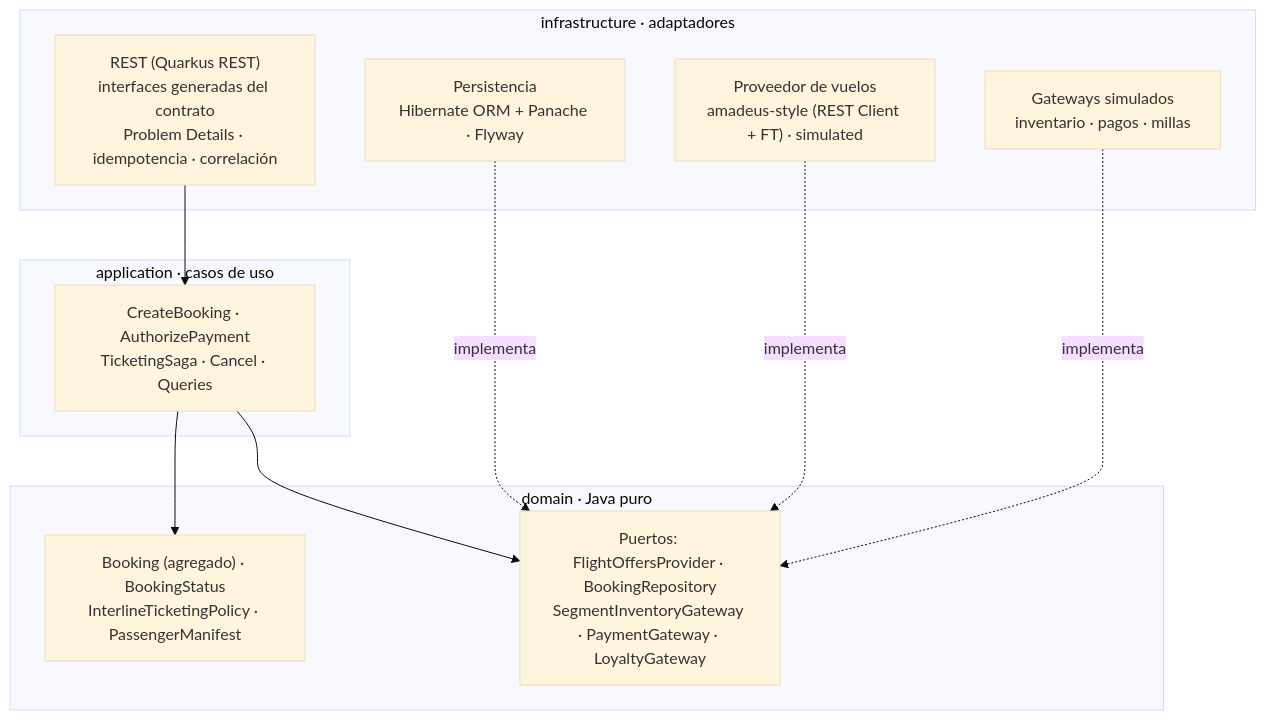
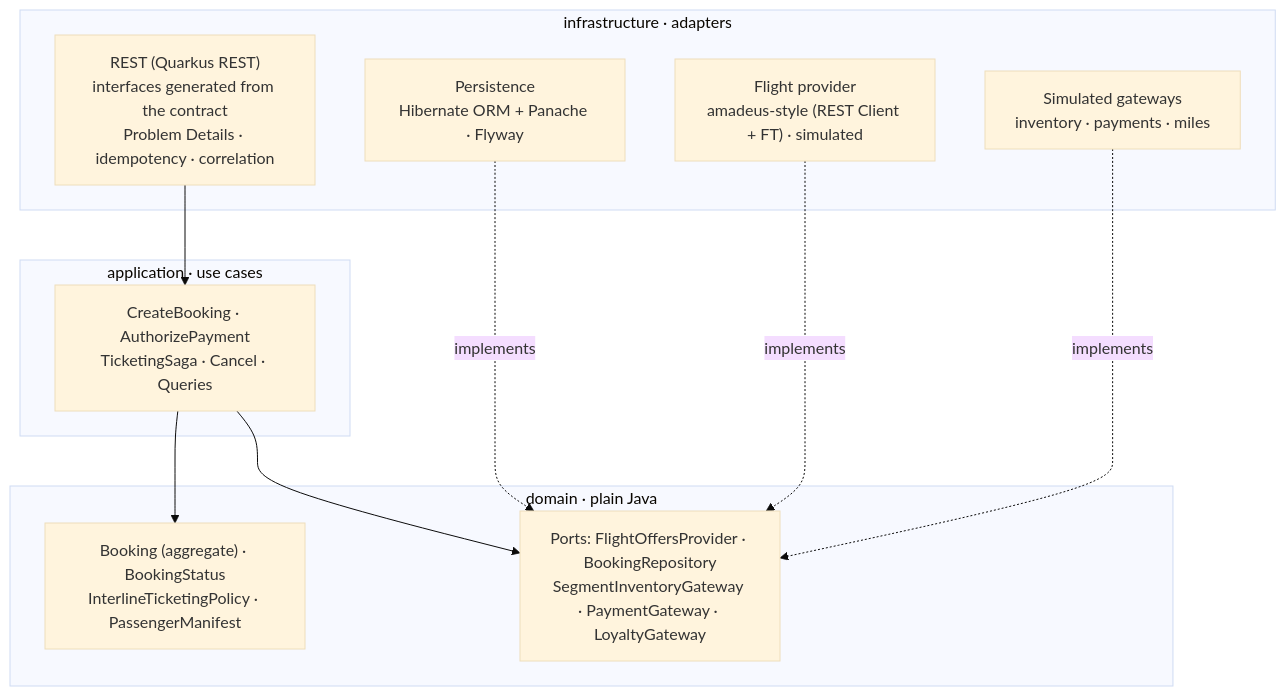
Before and after one commit to marinellysfigueroa/interline-booking-manager: the second of 4 diagrams in README.md, drawn with Mermaid (base theme). The commit also changed other lines of this file and 3 other files, not shown here.

````diff
--- a/README.md
+++ b/README.md
@@ -53,22 +55,22 @@
 ```mermaid
 flowchart TB
-  subgraph infra[infrastructure · adaptadores]
-    rest["REST (Quarkus REST)<br/>interfaces generadas del contrato<br/>Problem Details · idempotencia · correlación"]
-    pers["Persistencia<br/>Hibernate ORM + Panache · Flyway"]
-    prov["Proveedor de vuelos<br/>amadeus-style (REST Client + FT) · simulated"]
-    gw["Gateways simulados<br/>inventario · pagos · millas"]
+  subgraph infra[infrastructure · adapters]
+    rest["REST (Quarkus REST)<br/>interfaces generated from the contract<br/>Problem Details · idempotency · correlation"]
+    pers["Persistence<br/>Hibernate ORM + Panache · Flyway"]
+    prov["Flight provider<br/>amadeus-style (REST Client + FT) · simulated"]
+    gw["Simulated gateways<br/>inventory · payments · miles"]
   end
-  subgraph app[application · casos de uso]
+  subgraph app[application · use cases]
     uc["CreateBooking · AuthorizePayment<br/>TicketingSaga · Cancel · Queries"]
   end
-  subgraph dom[domain · Java puro]
-    model["Booking (agregado) · BookingStatus<br/>InterlineTicketingPolicy · PassengerManifest"]
-    ports["Puertos: FlightOffersProvider · BookingRepository<br/>SegmentInventoryGateway · PaymentGateway · LoyaltyGateway"]
+  subgraph dom[domain · plain Java]
+    model["Booking (aggregate) · BookingStatus<br/>InterlineTicketingPolicy · PassengerManifest"]
+    ports["Ports: FlightOffersProvider · BookingRepository<br/>SegmentInventoryGateway · PaymentGateway · LoyaltyGateway"]
   end
   rest --> uc
   uc --> model
   uc --> ports
-  pers -. implementa .-> ports
-  prov -. implementa .-> ports
-  gw -. implementa .-> ports
+  pers -. implements .-> ports
+  prov -. implements .-> ports
+  gw -. implements .-> ports
 ```
````
